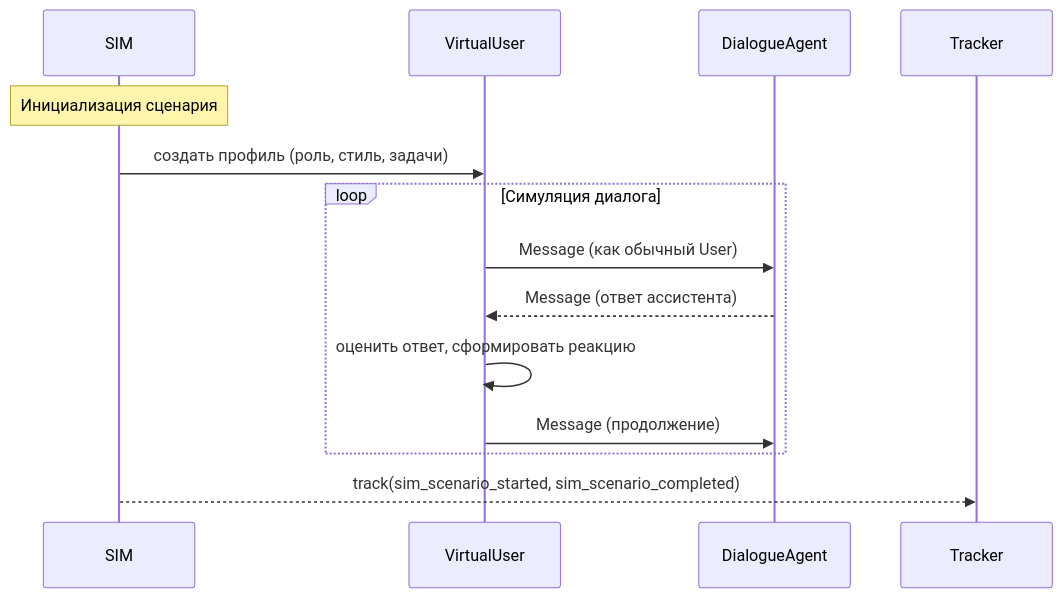
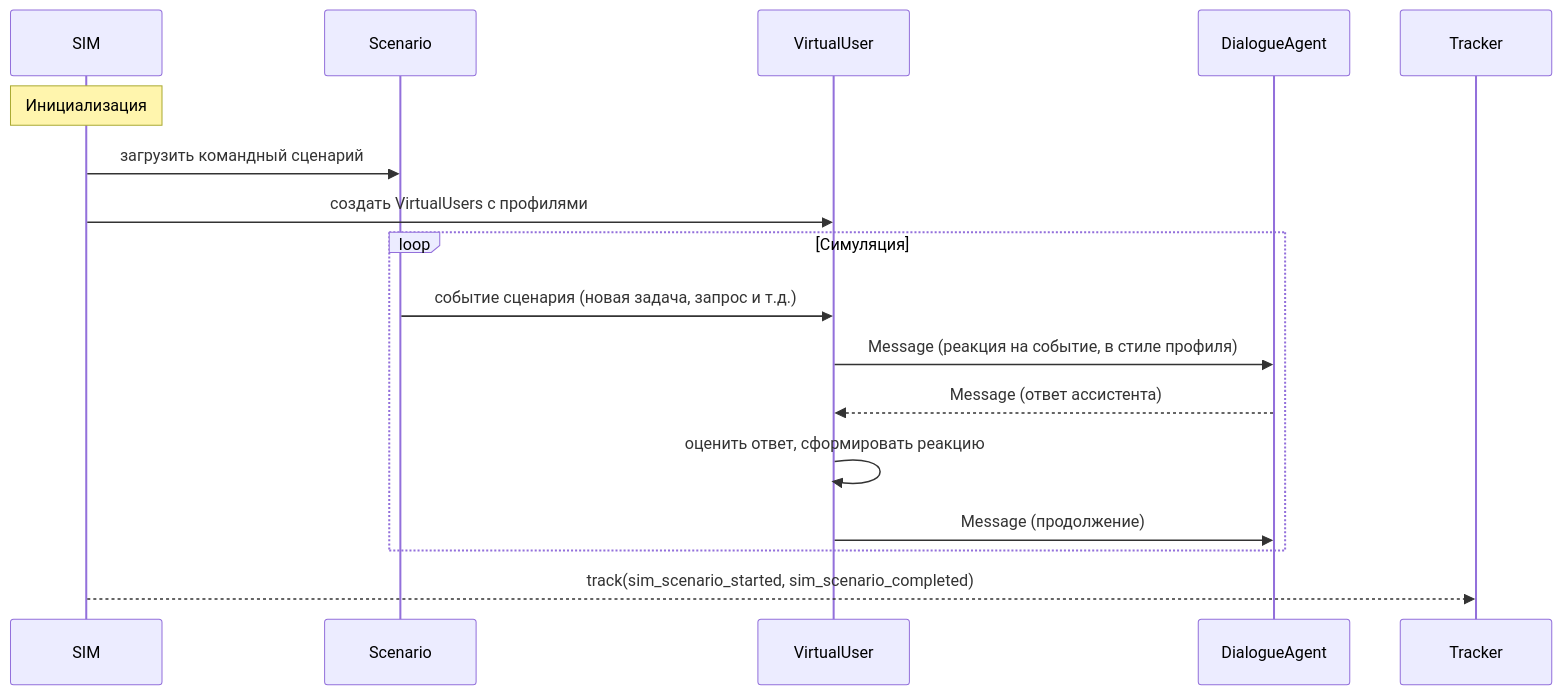
One commit to Dieugene/team-assistant changed the seventh of 7 diagrams in 00_docs/architecture/core/scenarios.md. Above: the diagram before and after it, drawn with Mermaid. The commit also changed other lines of this file, not shown here.

````diff
--- a/00_docs/architecture/core/scenarios.md
+++ b/00_docs/architecture/core/scenarios.md
@@ -228,19 +251,22 @@
 ```mermaid
 sequenceDiagram
     participant SIM
+    participant SC as Scenario
     participant VU as VirtualUser
     participant DA as DialogueAgent
     participant TR as Tracker
 
-    Note over SIM: Инициализация сценария
-    SIM ->> VU: создать профиль (роль, стиль, задачи)
+    Note over SIM: Инициализация
+    SIM ->> SC: загрузить командный сценарий
+    SIM ->> VU: создать VirtualUsers с профилями
 
-    loop Симуляция диалога
-        VU ->> DA: Message (как обычный User)
+    loop Симуляция
+        SC ->> VU: событие сценария (новая задача, запрос и т.д.)
+        VU ->> DA: Message (реакция на событие, в стиле профиля)
         DA -->> VU: Message (ответ ассистента)
         VU ->> VU: оценить ответ, сформировать реакцию
         VU ->> DA: Message (продолжение)
     end
 
     SIM -->> TR: track(sim_scenario_started, sim_scenario_completed)
 ```
````
